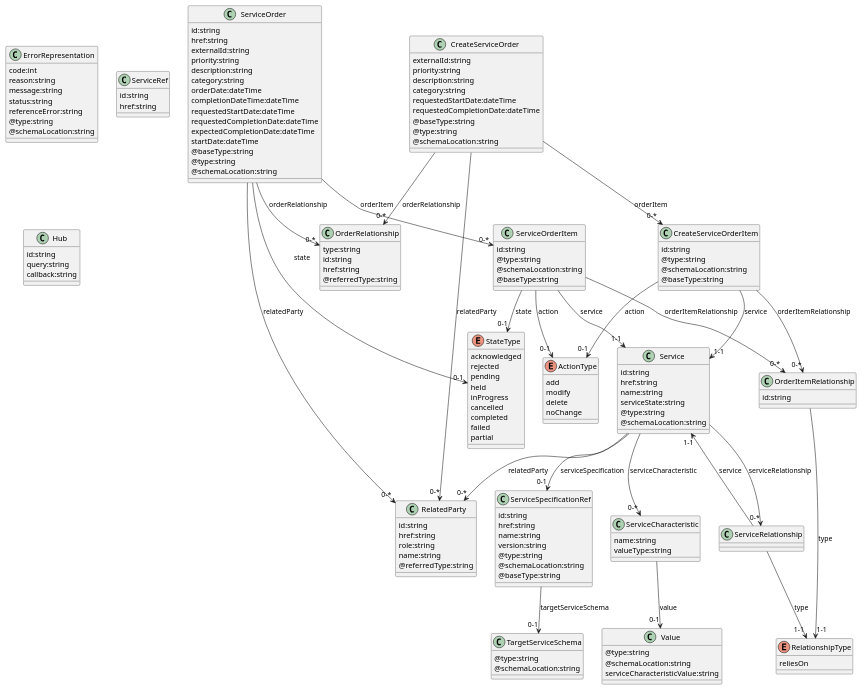
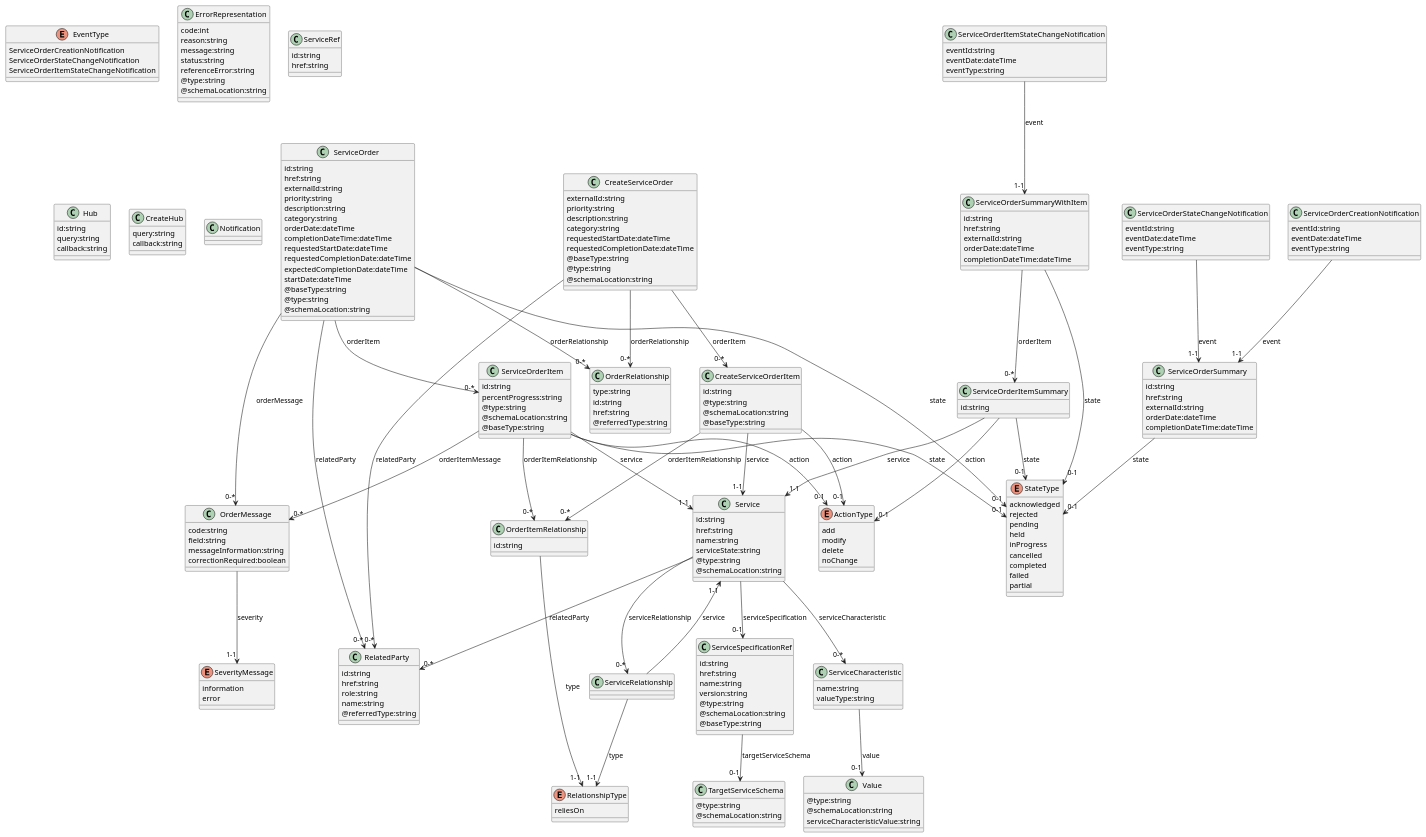
Before and after one commit to onap/archived-externalapi-nbi: the diagram in docs/offeredapis/serviceOrder/apiServiceOrder.plantuml, drawn with PlantUML. The commit also changed other lines of this file and 45 other files, not shown here.

```diff
--- a/docs/offeredapis/serviceOrder/apiServiceOrder.plantuml
+++ b/docs/offeredapis/serviceOrder/apiServiceOrder.plantuml
@@ -23,6 +19,15 @@
 }
 enum RelationshipType {
    reliesOn
+}
+enum EventType {
+   ServiceOrderCreationNotification
+   ServiceOrderStateChangeNotification
+   ServiceOrderItemStateChangeNotification
+}
+enum SeverityMessage {
+   information
+   error
 }
 
 class ErrorRepresentation {
@@ -89,6 +94,7 @@
 
 class ServiceOrderItem {
    id:string
+   percentProgress:string
    @type:string
    @schemaLocation:string
    @baseType:string
@@ -97,6 +103,7 @@
    ServiceOrderItem --> "0-1" StateType : state
    ServiceOrderItem --> "0-*" OrderItemRelationship : orderItemRelationship
    ServiceOrderItem --> "1-1" Service : service
+   ServiceOrderItem --> "0-*" OrderMessage : orderItemMessage
 
 class ServiceOrder {
    id:string
@@ -119,6 +126,7 @@
    ServiceOrder --> "0-*" RelatedParty : relatedParty
    ServiceOrder --> "0-*" OrderRelationship : orderRelationship
    ServiceOrder --> "0-*" ServiceOrderItem : orderItem
+   ServiceOrder --> "0-*" OrderMessage : orderMessage
 
 class OrderRelationship {
    type:string
@@ -169,4 +177,66 @@
    callback:string
 }
 
+class CreateHub {
+   query:string
+   callback:string
+}
+
+class ServiceOrderSummary {
+   id:string
+   href:string
+   externalId:string
+   orderDate:dateTime
+   completionDateTime:dateTime
+}
+   ServiceOrderSummary --> "0-1" StateType : state
+
+class ServiceOrderCreationNotification {
+   eventId:string
+   eventDate:dateTime
+   eventType:string
+}
+   ServiceOrderCreationNotification --> "1-1" ServiceOrderSummary : event
+
+class Notification
+
+class ServiceOrderStateChangeNotification {
+   eventId:string
+   eventDate:dateTime
+   eventType:string
+}
+   ServiceOrderStateChangeNotification --> "1-1" ServiceOrderSummary : event
+
+class ServiceOrderItemSummary {
+   id:string
+}
+   ServiceOrderItemSummary --> "0-1" ActionType : action
+   ServiceOrderItemSummary --> "0-1" StateType : state
+   ServiceOrderItemSummary --> "1-1" Service : service
+
+class ServiceOrderSummaryWithItem {
+   id:string
+   href:string
+   externalId:string
+   orderDate:dateTime
+   completionDateTime:dateTime
+}
+   ServiceOrderSummaryWithItem --> "0-1" StateType : state
+   ServiceOrderSummaryWithItem --> "0-*" ServiceOrderItemSummary : orderItem
+
+class ServiceOrderItemStateChangeNotification {
+   eventId:string
+   eventDate:dateTime
+   eventType:string
+}
+   ServiceOrderItemStateChangeNotification --> "1-1" ServiceOrderSummaryWithItem : event
+
+class OrderMessage {
+   code:string
+   field:string
+   messageInformation:string
+   correctionRequired:boolean
+}
+   OrderMessage --> "1-1" SeverityMessage : severity
+
 @enduml
```
